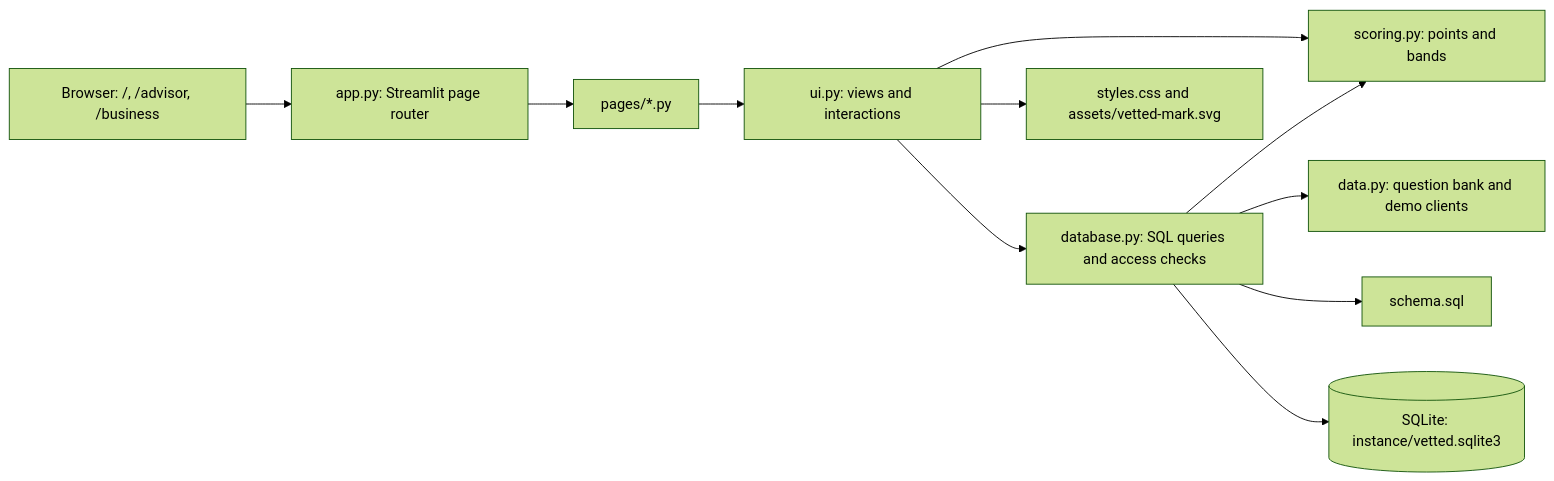
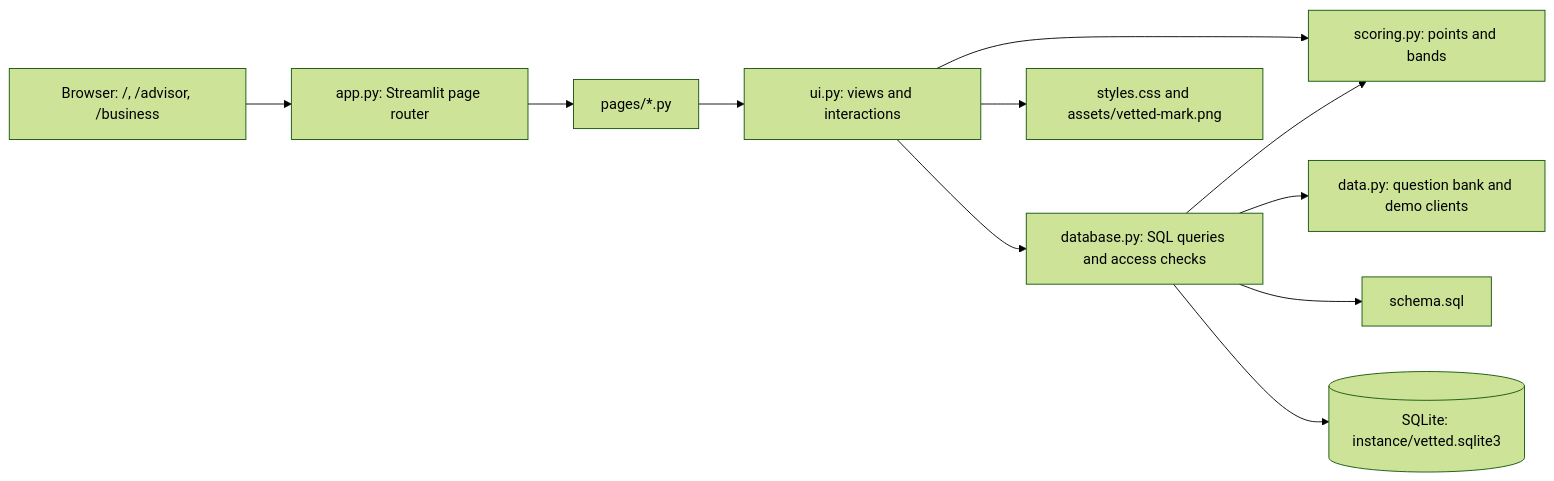
The first of 2 diagrams in ARCHITECTURE.md (ihardikgondaliya/vetted), drawn with Mermaid (forest theme) before and after one commit. The commit also changed other lines of this file and 3 other files, not shown here.

```diff
--- a/ARCHITECTURE.md
+++ b/ARCHITECTURE.md
@@ -7,13 +7,13 @@
 ~~~mermaid
 flowchart LR
     Browser["Browser: /, /advisor, /business"] --> Router["app.py: Streamlit page router"]
     Router --> Pages["pages/*.py"]
     Pages --> UI["ui.py: views and interactions"]
     UI --> Scoring["scoring.py: points and bands"]
     UI --> Store["database.py: SQL queries and access checks"]
     Store --> Scoring
     Store --> Seed["data.py: question bank and demo clients"]
     Store --> Schema["schema.sql"]
     Store --> SQLite[("SQLite: instance/vetted.sqlite3")]
-    UI --> Style["styles.css and assets/vetted-mark.svg"]
+    UI --> Style["styles.css and assets/vetted-mark.png"]
 ~~~
```
